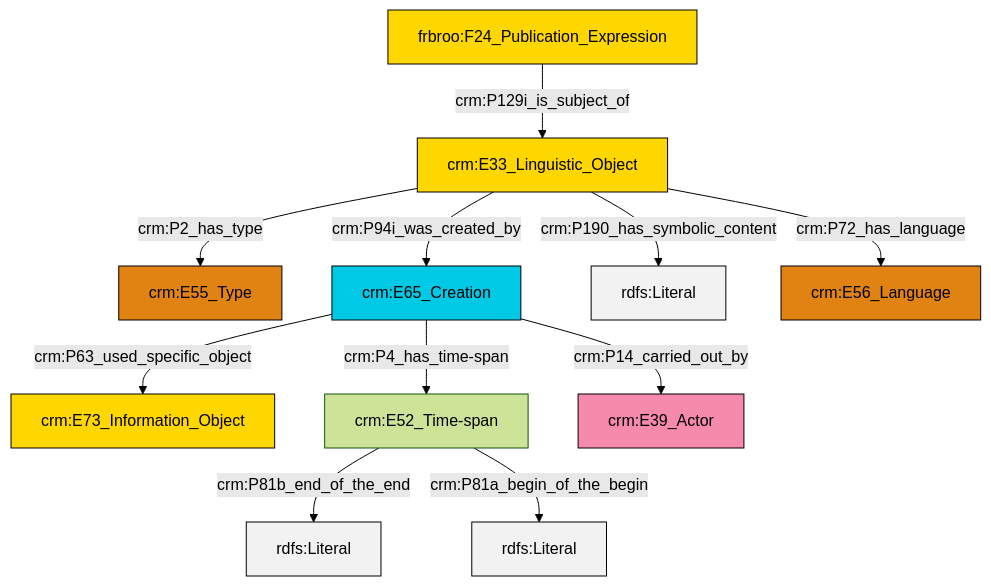
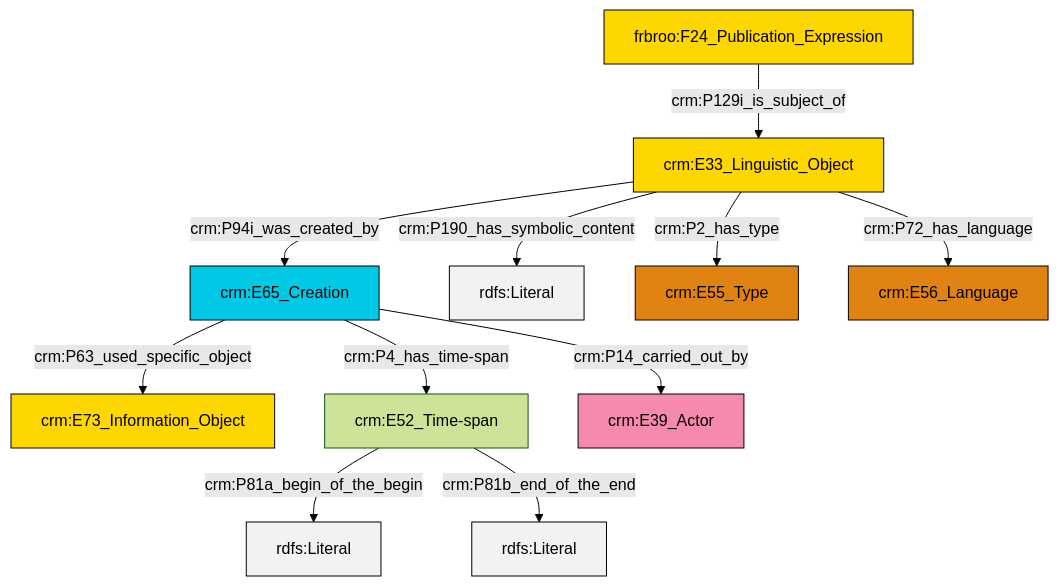
One commit to swiss-art-research-net/reference-data-models changed the diagram in et/biblioCSV/ttl/mmd/biblio_description.ttl.mmd. Above: the diagram before and after it, drawn with Mermaid (forest theme). The commit also changed 126 other files, not shown here.

```diff
--- a/et/biblioCSV/ttl/mmd/biblio_description.ttl.mmd
+++ b/et/biblioCSV/ttl/mmd/biblio_description.ttl.mmd
@@ -1,25 +1,25 @@
 graph TD
 classDef Literal fill:#f2f2f2,stroke:#000000;
 classDef CRM_Entity fill:#FFFFFF,stroke:#000000;
 classDef Temporal_Entity fill:#00C9E6, stroke:#000000;
 classDef Type fill:#E18312, stroke:#000000;
 classDef Time-Span fill:#2C9C91, stroke:#000000;
 classDef Appellation fill:#FFEB7F, stroke:#000000;
 classDef Place fill:#008836, stroke:#000000;
 classDef Persistent_Item fill:#B266B2, stroke:#000000;
 classDef Conceptual_Object fill:#FFD700, stroke:#000000;
 classDef Physical_Thing fill:#D2B48C, stroke:#000000;
 classDef Actor fill:#f58aad, stroke:#000000;
 classDef PC_Classes fill:#4ce600, stroke:#000000;
 classDef Multi fill:#cccccc,stroke:#000000;
 
-2["crm:E33_Linguistic_Object"]:::Conceptual_Object -->|crm:P2_has_type| 3["crm:E55_Type"]:::Type
-6["crm:E52_Time-span"]:::Default -->|crm:P81b_end_of_the_end| 7[rdfs:Literal]:::Literal
-11["crm:E65_Creation"]:::Temporal_Entity -->|crm:P14_carried_out_by| 8["crm:E39_Actor"]:::Actor
-2["crm:E33_Linguistic_Object"]:::Conceptual_Object -->|crm:P94i_was_created_by| 11["crm:E65_Creation"]:::Temporal_Entity
-11["crm:E65_Creation"]:::Temporal_Entity -->|crm:P63_used_specific_object| 0["crm:E73_Information_Object"]:::Conceptual_Object
-2["crm:E33_Linguistic_Object"]:::Conceptual_Object -->|crm:P190_has_symbolic_content| 14[rdfs:Literal]:::Literal
-2["crm:E33_Linguistic_Object"]:::Conceptual_Object -->|crm:P72_has_language| 15["crm:E56_Language"]:::Type
-11["crm:E65_Creation"]:::Temporal_Entity -->|crm:P4_has_time-span| 6["crm:E52_Time-span"]:::Default
-6["crm:E52_Time-span"]:::Default -->|crm:P81a_begin_of_the_begin| 17[rdfs:Literal]:::Literal
-4["frbroo:F24_Publication_Expression"]:::Conceptual_Object -->|crm:P129i_is_subject_of| 2["crm:E33_Linguistic_Object"]:::Conceptual_Object
+6["crm:E65_Creation"]:::Temporal_Entity -->|crm:P14_carried_out_by| 4["crm:E39_Actor"]:::Actor
+6["crm:E65_Creation"]:::Temporal_Entity -->|crm:P4_has_time-span| 2["crm:E52_Time-span"]:::Default
+7["crm:E33_Linguistic_Object"]:::Conceptual_Object -->|crm:P190_has_symbolic_content| 8[rdfs:Literal]:::Literal
+7["crm:E33_Linguistic_Object"]:::Conceptual_Object -->|crm:P2_has_type| 9["crm:E55_Type"]:::Type
+2["crm:E52_Time-span"]:::Default -->|crm:P81a_begin_of_the_begin| 12[rdfs:Literal]:::Literal
+7["crm:E33_Linguistic_Object"]:::Conceptual_Object -->|crm:P72_has_language| 13["crm:E56_Language"]:::Type
+6["crm:E65_Creation"]:::Temporal_Entity -->|crm:P63_used_specific_object| 0["crm:E73_Information_Object"]:::Conceptual_Object
+16["frbroo:F24_Publication_Expression"]:::Conceptual_Object -->|crm:P129i_is_subject_of| 7["crm:E33_Linguistic_Object"]:::Conceptual_Object
+7["crm:E33_Linguistic_Object"]:::Conceptual_Object -->|crm:P94i_was_created_by| 6["crm:E65_Creation"]:::Temporal_Entity
+2["crm:E52_Time-span"]:::Default -->|crm:P81b_end_of_the_end| 18[rdfs:Literal]:::Literal
```
